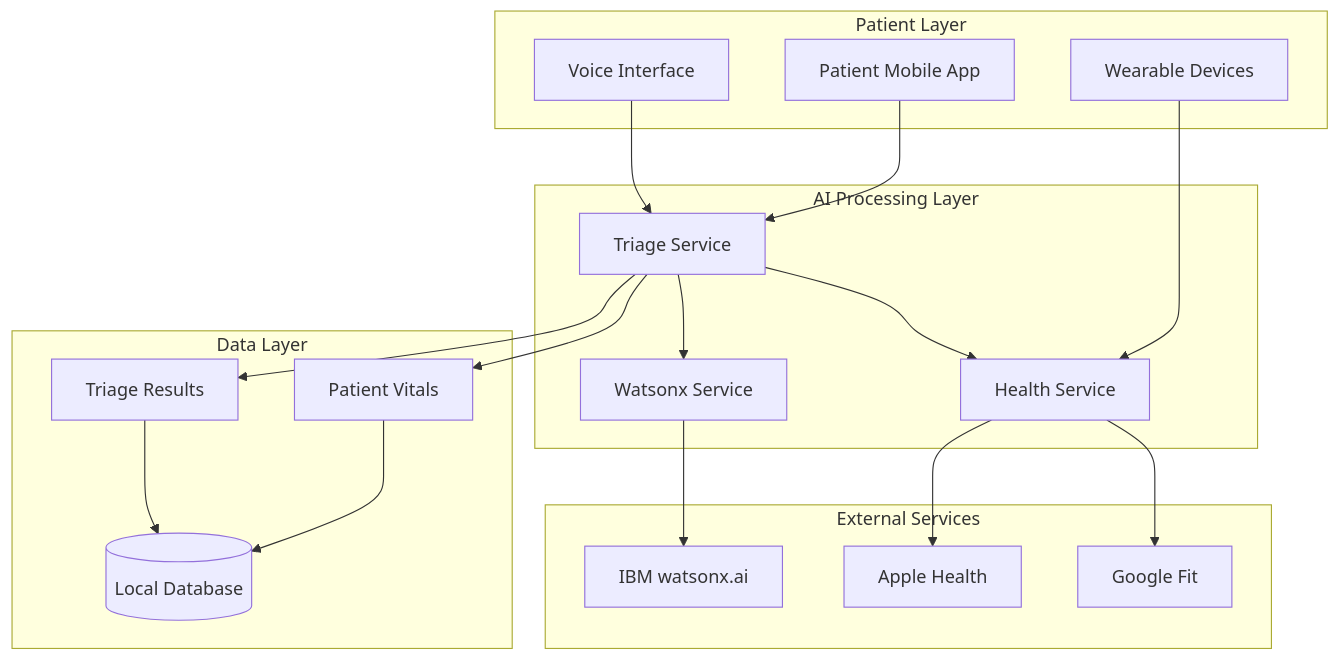
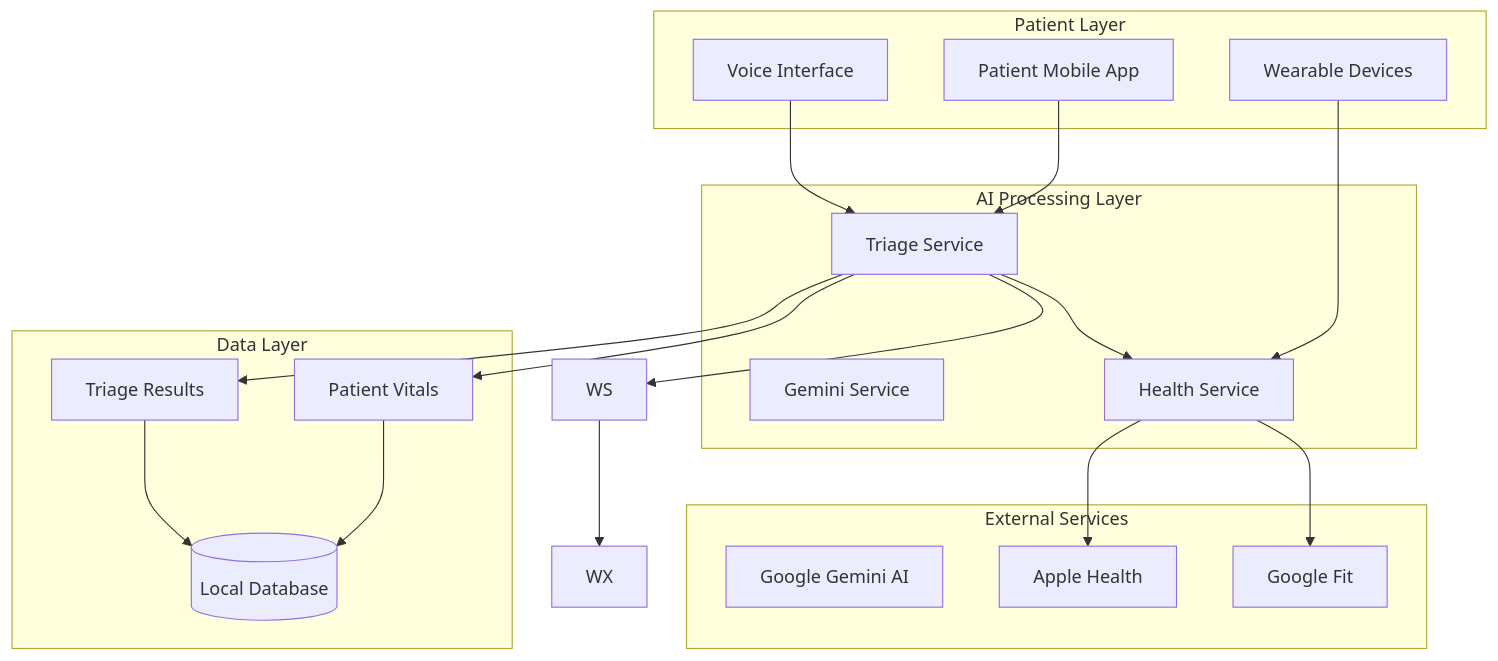
The first of 2 diagrams in README.md (SA-Msweli/triage_bios_ai), drawn with Mermaid before and after one commit. The commit also changed other lines of this file and 129 other files, not shown here.

````diff
--- a/README.md
+++ b/README.md
@@ -126,42 +125,42 @@
 ```mermaid
 graph TB
     subgraph "Patient Layer"
         PA[Patient Mobile App]
         WD[Wearable Devices]
         VC[Voice Interface]
     end
     
     subgraph "AI Processing Layer"
         TS[Triage Service]
-        WS[Watsonx Service]
+        GS[Gemini Service]
         HS[Health Service]
     end
     
     subgraph "Data Layer"
         PV[Patient Vitals]
         TR[Triage Results]
         DB[(Local Database)]
     end
     
     subgraph "External Services"
-        WX[IBM watsonx.ai]
+        GM[Google Gemini AI]
         AH[Apple Health]
         GF[Google Fit]
     end
     
     PA --> TS
     WD --> HS
     VC --> TS
     
     TS --> WS
     TS --> HS
     
     WS --> WX
     HS --> AH
     HS --> GF
     
     TS --> PV
     TS --> TR
     PV --> DB
     TR --> DB
 ```
````
